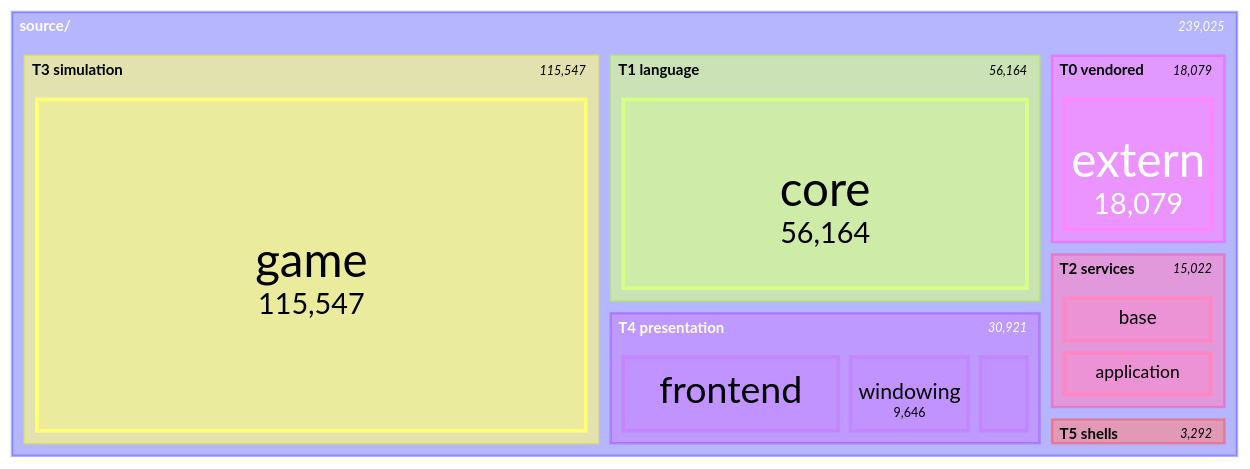
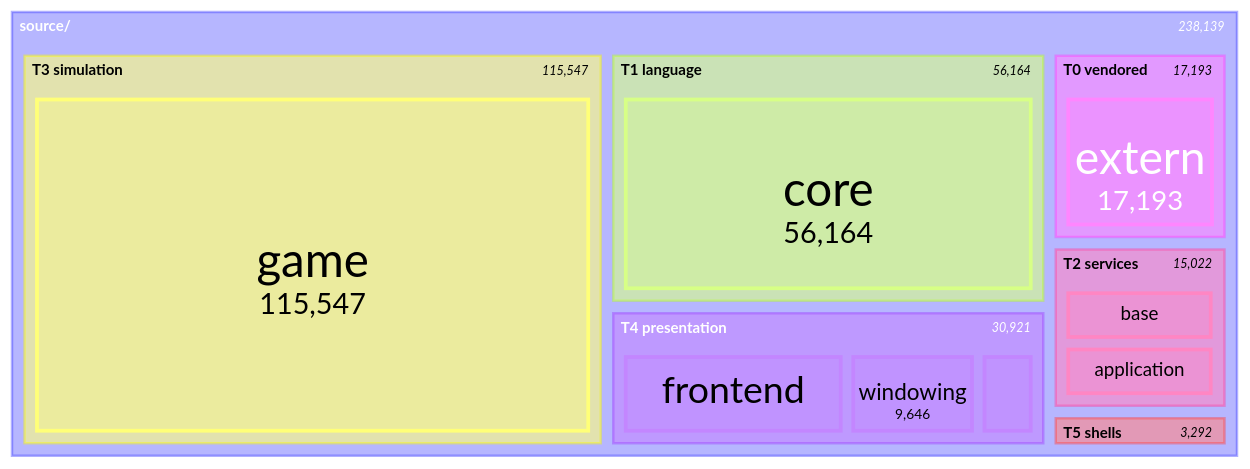
Before and after one commit to apnex/OpenStarbound: the seventh of 11 diagrams in docs/architecture/system-boundaries.md, drawn with Mermaid. The commit also changed other lines of this file and 5 other files, not shown here.

````diff
--- a/docs/architecture/system-boundaries.md
+++ b/docs/architecture/system-boundaries.md
@@ -577,21 +577,21 @@
 ```mermaid
 treemap-beta
 "source/"
     "T0 vendored"
-        "extern": 18079
+        "extern": 17193
     "T1 language"
         "core": 56164
     "T2 services"
         "base": 7464
         "application": 7416
         "platform": 142
     "T3 simulation"
         "game": 115547
     "T4 presentation"
         "frontend": 16861
         "windowing": 9646
         "rendering": 4414
     "T5 shells"
         "client": 2509
         "server": 783
 ```
````
